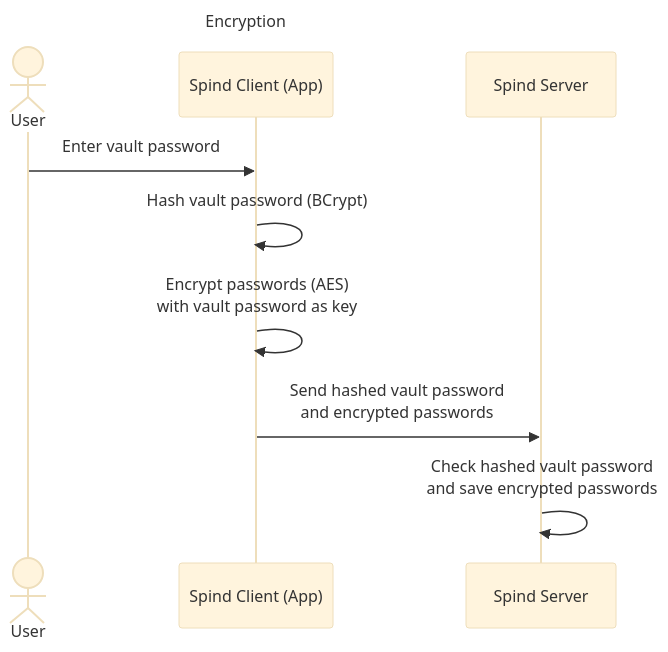
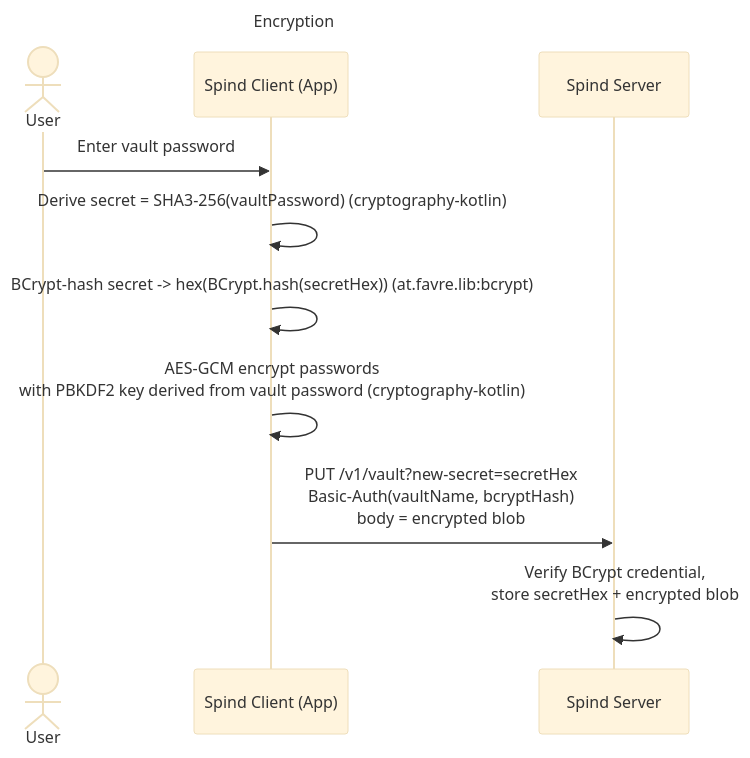
One commit to FabiPunktExe/Spind changed the first of 2 diagrams in README.md. Above: the diagram before and after it, drawn with Mermaid (base theme). The commit also changed other lines of this file and 1 other file, not shown here.

First line of the commit message:
docs: align README/CONTEXT to Amper toolchain and 4-endpoint server contract

````diff
--- a/README.md
+++ b/README.md
@@ -5,13 +9,14 @@
 ```mermaid
 sequenceDiagram
     title Encryption
     actor User
     participant Spind Client (App)
     participant Spind Server
 
     User->>Spind Client (App): Enter vault password
-    Spind Client (App)->>Spind Client (App): Hash vault password (BCrypt)
-    Spind Client (App)->>Spind Client (App): Encrypt passwords (AES)<br>with vault password as key
-    Spind Client (App)->>Spind Server: Send hashed vault password<br>and encrypted passwords
-    Spind Server->>Spind Server: Check hashed vault password<br>and save encrypted passwords
+    Spind Client (App)->>Spind Client (App): Derive secret = SHA3-256(vaultPassword) (cryptography-kotlin)
+    Spind Client (App)->>Spind Client (App): BCrypt-hash secret -> hex(BCrypt.hash(secretHex)) (at.favre.lib:bcrypt)
+    Spind Client (App)->>Spind Client (App): AES-GCM encrypt passwords<br>with PBKDF2 key derived from vault password (cryptography-kotlin)
+    Spind Client (App)->>Spind Server: PUT /v1/vault?new-secret=secretHex<br>Basic-Auth(vaultName, bcryptHash)<br>body = encrypted blob
+    Spind Server->>Spind Server: Verify BCrypt credential,<br>store secretHex + encrypted blob
 ```
````
